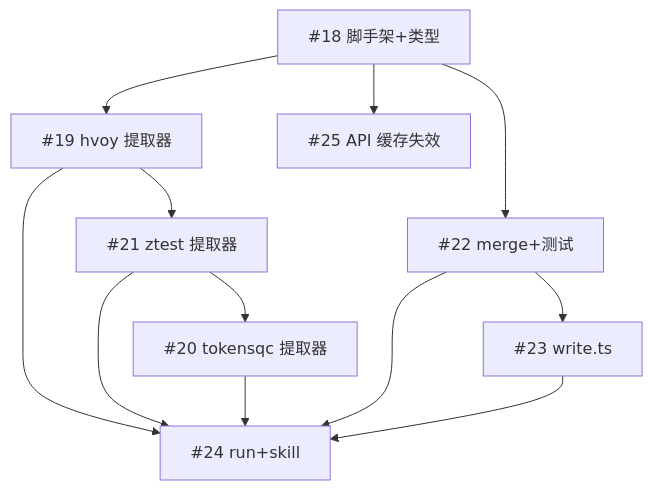
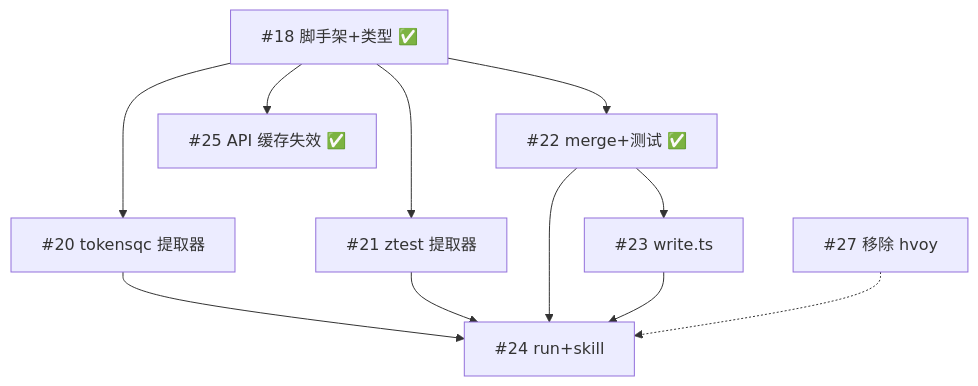
The diagram in docs/superpowers/plans/pazi-development-plan.md (lvshiwei66/tokenmofang), drawn with Mermaid before and after one commit. The commit also changed other lines of this file and 1 other file, not shown here.

First line of the commit message:
docs: 更新 pazi 开发计划——移除 hvoy，tokensqc+ztest 并行化

````diff
--- a/docs/superpowers/plans/pazi-development-plan.md
+++ b/docs/superpowers/plans/pazi-development-plan.md
@@ -5,14 +18,13 @@
 ```mermaid
 graph TD
-    S18["#18 脚手架+类型"] --> S19["#19 hvoy 提取器"]
-    S18 --> S22["#22 merge+测试"]
-    S18 --> S25["#25 API 缓存失效"]
-    S19 --> S21["#21 ztest 提取器"]
-    S21 --> S20["#20 tokensqc 提取器"]
+    S18["#18 脚手架+类型 ✅"] --> S20["#20 tokensqc 提取器"]
+    S18 --> S21["#21 ztest 提取器"]
+    S18 --> S22["#22 merge+测试 ✅"]
+    S18 --> S25["#25 API 缓存失效 ✅"]
     S22 --> S23["#23 write.ts"]
-    S19 --> S24["#24 run+skill"]
+    S20 --> S24["#24 run+skill"]
     S21 --> S24
-    S20 --> S24
     S22 --> S24
     S23 --> S24
+    S27["#27 移除 hvoy"] -.-> S24
 ```
````
